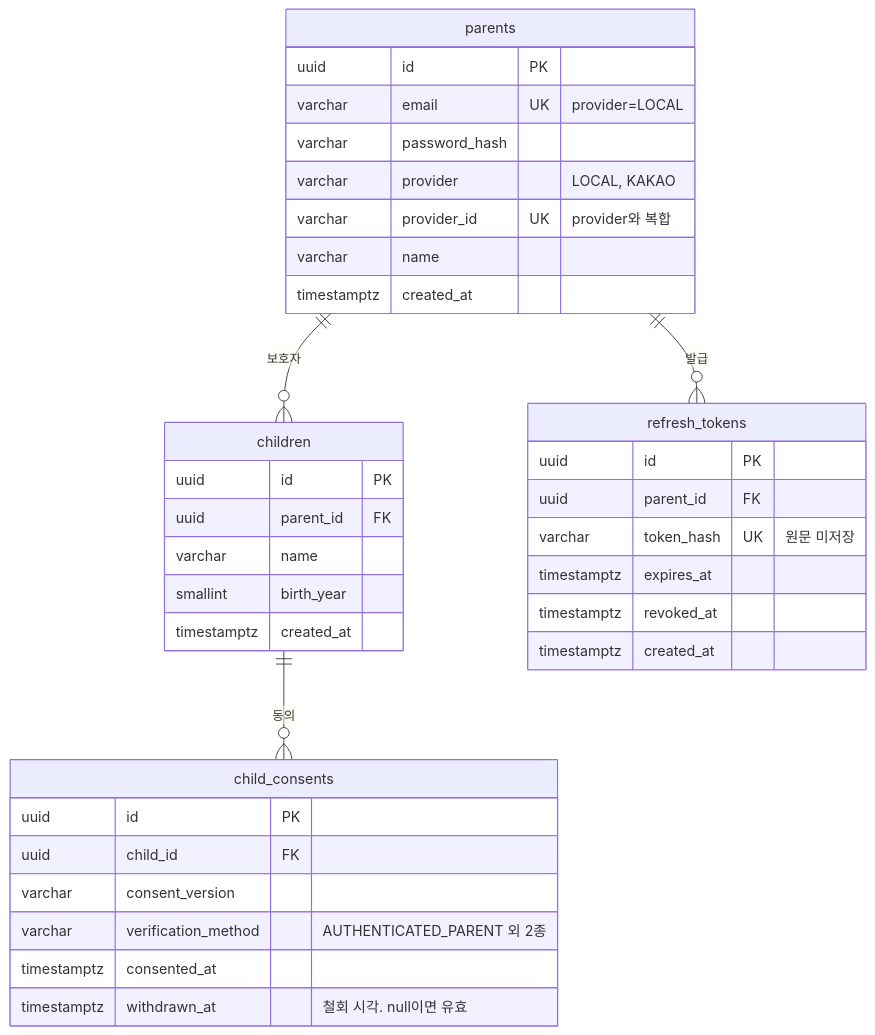
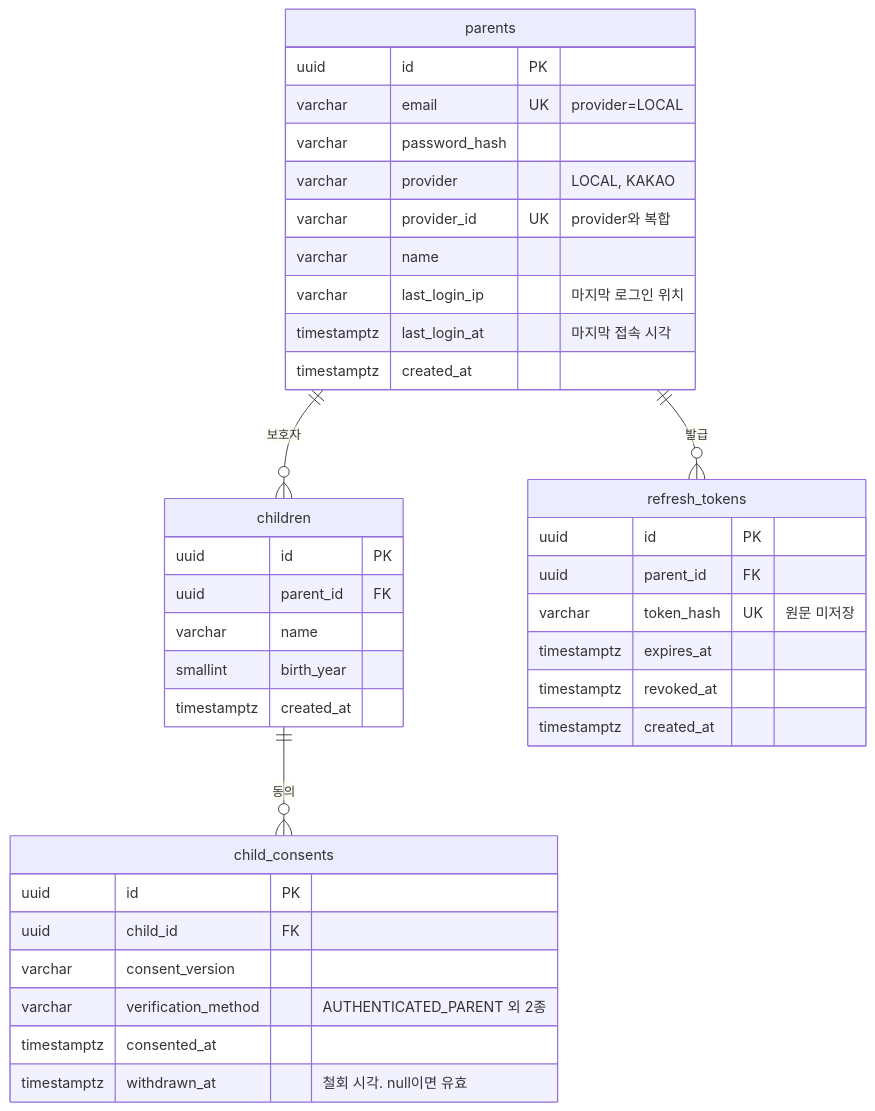
Before and after one commit to team-mugunghwa/goodquestion-backend: the second of 6 diagrams in docs/ERD.md, drawn with Mermaid. The commit also changed 4 other files, not shown here.

````diff
--- a/docs/ERD.md
+++ b/docs/ERD.md
@@ -135,42 +135,44 @@
 ```mermaid
 erDiagram
     parents ||--o{ children : "보호자"
     parents ||--o{ refresh_tokens : "발급"
     children ||--o{ child_consents : "동의"
 
     parents {
         uuid id PK
         varchar email UK "provider=LOCAL"
         varchar password_hash
         varchar provider "LOCAL, KAKAO"
         varchar provider_id UK "provider와 복합"
         varchar name
+        varchar last_login_ip "마지막 로그인 위치"
+        timestamptz last_login_at "마지막 접속 시각"
         timestamptz created_at
     }
 
     children {
         uuid id PK
         uuid parent_id FK
         varchar name
         smallint birth_year
         timestamptz created_at
     }
 
     child_consents {
         uuid id PK
         uuid child_id FK
         varchar consent_version
         varchar verification_method "AUTHENTICATED_PARENT 외 2종"
         timestamptz consented_at
         timestamptz withdrawn_at "철회 시각. null이면 유효"
     }
 
     refresh_tokens {
         uuid id PK
         uuid parent_id FK
         varchar token_hash UK "원문 미저장"
         timestamptz expires_at
         timestamptz revoked_at
         timestamptz created_at
     }
 ```
````
